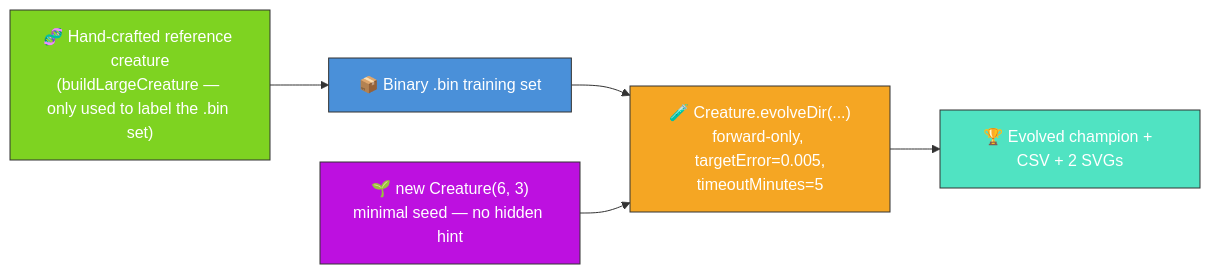
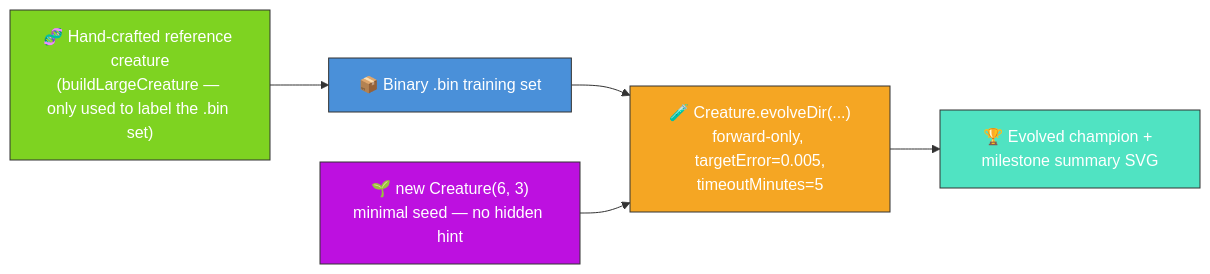
Before and after one commit to stSoftwareAU/NEAT-AI-Examples: the diagram in discovery_at_scale/README.md, drawn with Mermaid. The commit also changed other lines of this file and 17 other files, not shown here.

````diff
--- a/discovery_at_scale/README.md
+++ b/discovery_at_scale/README.md
@@ -8,17 +9,17 @@
 ```mermaid
 flowchart LR
     REF["🧬 Hand-crafted reference creature<br/>(buildLargeCreature — only used to label the .bin set)"]
     DATA["📦 Binary .bin training set"]
     SEED["🌱 new Creature(6, 3)<br/>minimal seed — no hidden hint"]
     EVOLVE["🧪 Creature.evolveDir(...)<br/>forward-only, targetError=0.005,<br/>timeoutMinutes=5"]
-    OUT["🏆 Evolved champion + CSV + 2 SVGs"]
+    OUT["🏆 Evolved champion + milestone summary SVG"]
     REF --> DATA
     DATA --> EVOLVE
     SEED --> EVOLVE
     EVOLVE --> OUT
     style REF fill:#7ed321,stroke:#333,color:#fff
     style DATA fill:#4a90d9,stroke:#333,color:#fff
     style SEED fill:#bd10e0,stroke:#333,color:#fff
     style EVOLVE fill:#f5a623,stroke:#333,color:#fff
     style OUT fill:#50e3c2,stroke:#333,color:#fff
 ```
````
